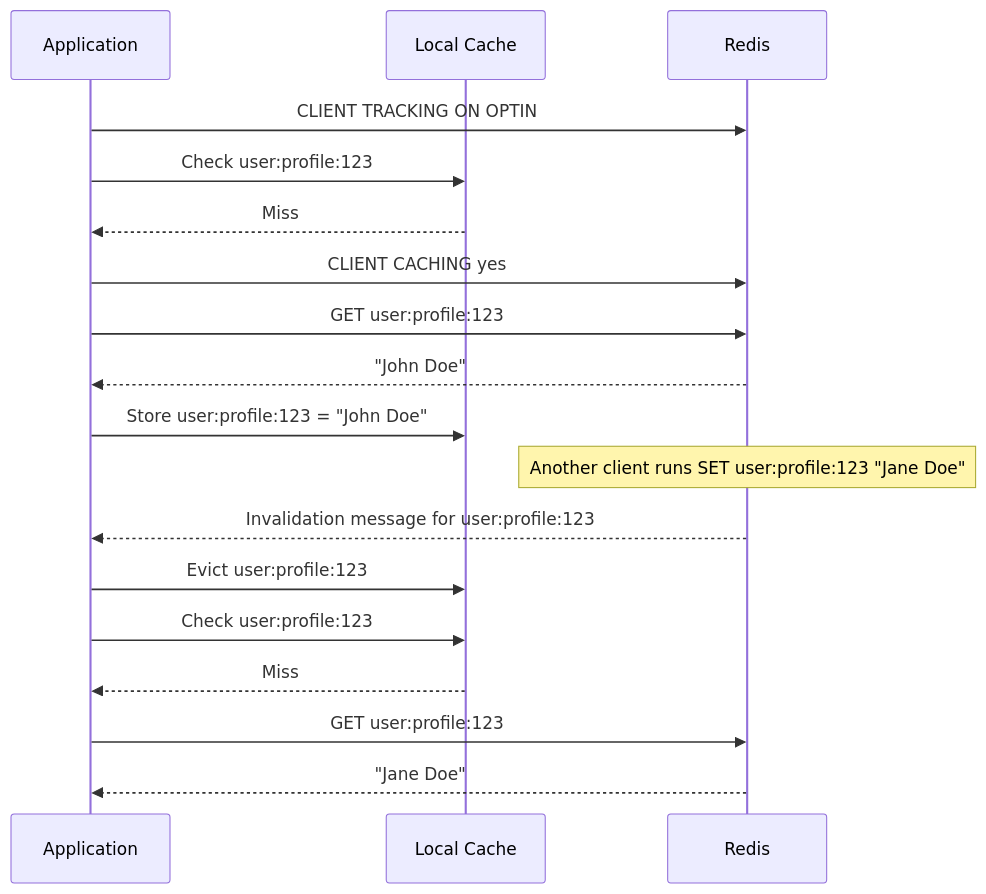
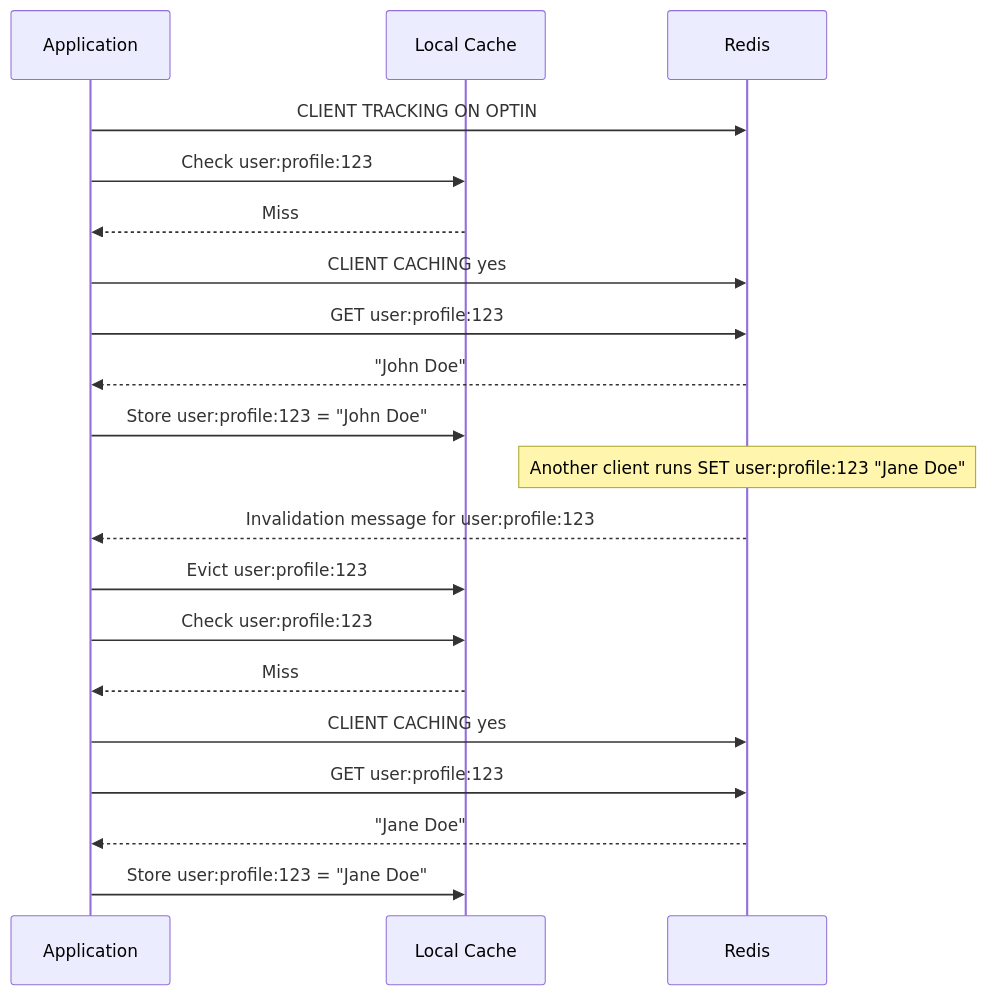
Before and after one commit to OneUptime/blog: the second of 2 diagrams in posts/2026-03-31-redis-client-caching-side-cache/README.md, drawn with Mermaid. The commit also changed other lines of this file and 2 other files, not shown here.

Commit message:
validate: 2026-03-31-redis-client-caching-side-cache

````diff
--- a/posts/2026-03-31-redis-client-caching-side-cache/README.md
+++ b/posts/2026-03-31-redis-client-caching-side-cache/README.md
@@ -86,20 +87,22 @@
 ```mermaid
 sequenceDiagram
     participant App as Application
     participant LocalCache as Local Cache
     participant Redis
     App->>Redis: CLIENT TRACKING ON OPTIN
     App->>LocalCache: Check user:profile:123
     LocalCache-->>App: Miss
     App->>Redis: CLIENT CACHING yes
     App->>Redis: GET user:profile:123
     Redis-->>App: "John Doe"
     App->>LocalCache: Store user:profile:123 = "John Doe"
     Note over Redis: Another client runs SET user:profile:123 "Jane Doe"
     Redis-->>App: Invalidation message for user:profile:123
     App->>LocalCache: Evict user:profile:123
     App->>LocalCache: Check user:profile:123
     LocalCache-->>App: Miss
+    App->>Redis: CLIENT CACHING yes
     App->>Redis: GET user:profile:123
     Redis-->>App: "Jane Doe"
+    App->>LocalCache: Store user:profile:123 = "Jane Doe"
 ```
````
